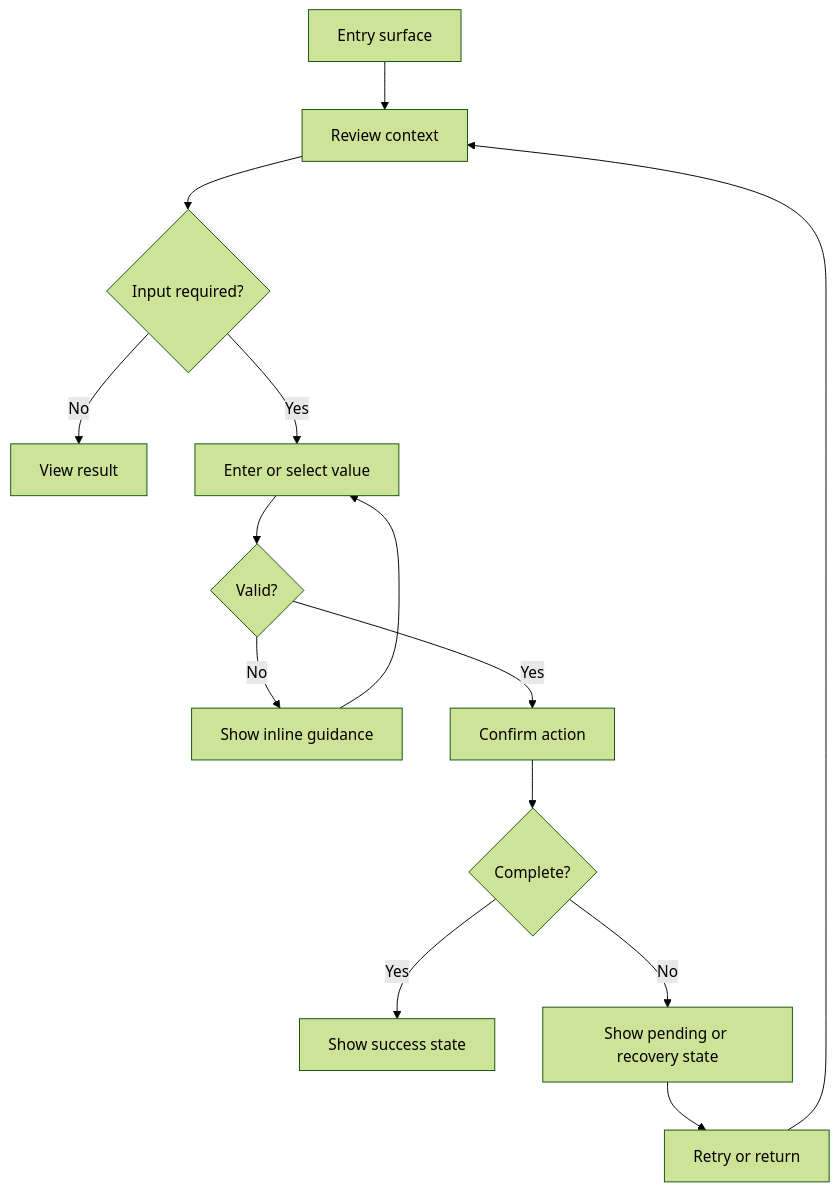
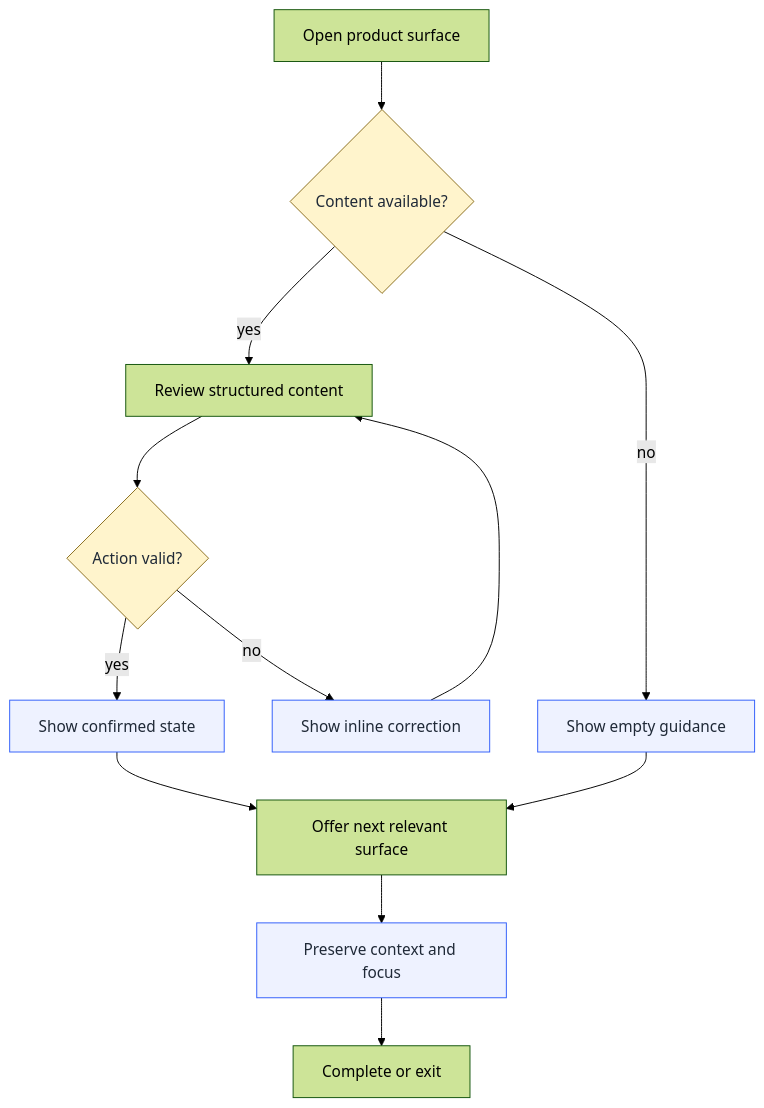
One commit to p2id/Faces changed the diagram in projects/project-001/visuals/flows.mmd. Above: the diagram before and after it, drawn with Mermaid (forest theme).

Commit message:
Daily UI UX repository refresh 2026-11-24

```diff
--- a/projects/project-001/visuals/flows.mmd
+++ b/projects/project-001/visuals/flows.mmd
@@ -1,14 +1,16 @@
 flowchart TD
-  A[Entry surface] --> B[Review context]
-  B --> C{Input required?}
-  C -- No --> D[View result]
-  C -- Yes --> E[Enter or select value]
-  E --> F{Valid?}
-  F -- No --> G[Show inline guidance]
-  G --> E
-  F -- Yes --> H[Confirm action]
-  H --> I{Complete?}
-  I -- Yes --> J[Show success state]
-  I -- No --> K[Show pending or recovery state]
-  K --> L[Retry or return]
-  L --> B
+  A[Open product surface] --> B{Content available?}
+  B -->|yes| C[Review structured content]
+  B -->|no| D[Show empty guidance]
+  C --> E{Action valid?}
+  E -->|yes| F[Show confirmed state]
+  E -->|no| G[Show inline correction]
+  F --> H[Offer next relevant surface]
+  G --> C
+  D --> H
+  H --> I[Preserve context and focus]
+  I --> J[Complete or exit]
+  classDef decision fill:#fff4cc,stroke:#8a6d1d,color:#1f2937;
+  classDef state fill:#eef2ff,stroke:#315EFB,color:#1f2937;
+  class B,E decision;
+  class D,F,G,I state;
```
